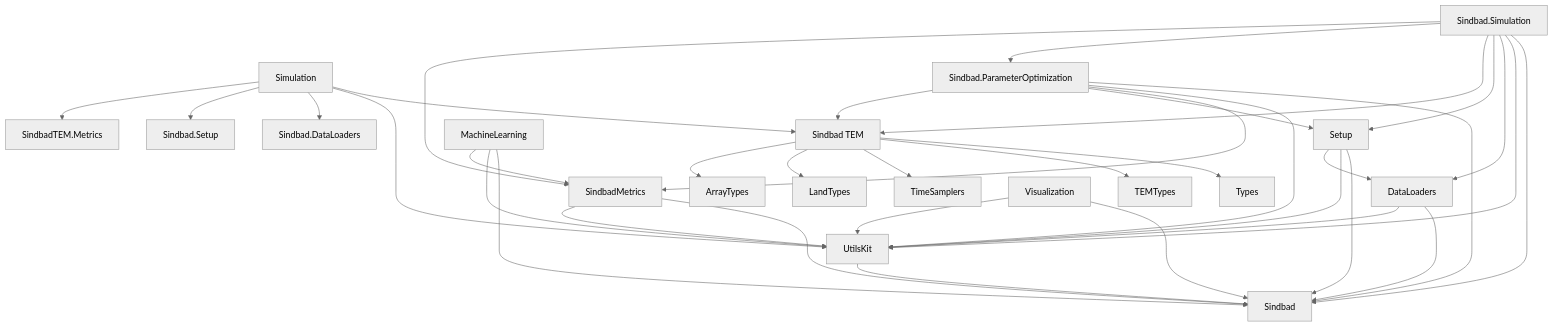
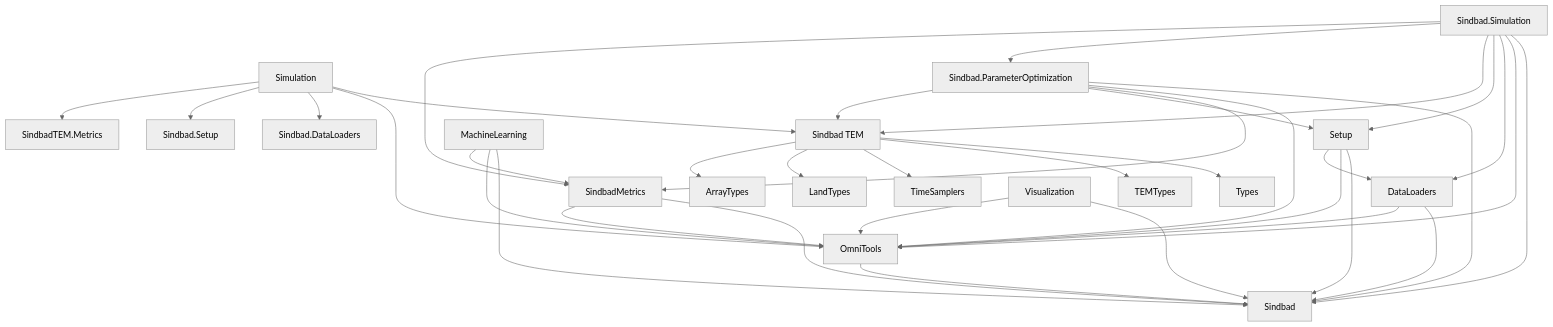
Before and after one commit to LandEcosystems/Sindbad: the diagram in docs/src/pages/code/overview.md, drawn with Mermaid (neutral theme). The commit also changed other lines of this file and 10 other files, not shown here.

````diff
--- a/docs/src/pages/code/overview.md
+++ b/docs/src/pages/code/overview.md
@@ -70,50 +70,50 @@
 ```mermaid
 graph TD
     %% Main Sindbad package
     SindbadTEM[Sindbad TEM] --> Types[Types]
     
     %% Core dependencies
     SindbadTEM --> TEMTypes[TEMTypes]
     SindbadTEM --> TimeSamplers[TimeSamplers]
     SindbadTEM --> LandTypes[LandTypes]
     SindbadTEM --> ArrayTypes[ArrayTypes]
     
     %% Lib packages
-    UtilsKit[UtilsKit] --> Sindbad
+    OmniTools[OmniTools] --> Sindbad
     DataLoaders[DataLoaders] --> Sindbad
-    DataLoaders --> UtilsKit
+    DataLoaders --> OmniTools
     
     Setup[Setup] --> Sindbad
-    Setup --> UtilsKit
+    Setup --> OmniTools
     Setup --> DataLoaders
     
     SindbadMetrics[SindbadMetrics] --> Sindbad
-    SindbadMetrics --> UtilsKit
+    SindbadMetrics --> OmniTools
     
     Simulation[Simulation] --> SindbadTEM
-    Simulation --> UtilsKit
+    Simulation --> OmniTools
     Simulation --> Sindbad.DataLoaders
     Simulation --> Sindbad.Setup
     Simulation --> SindbadTEM.Metrics
     
     Sindbad.ParameterOptimization[Sindbad.ParameterOptimization] --> Sindbad
-    Sindbad.ParameterOptimization --> UtilsKit
+    Sindbad.ParameterOptimization --> OmniTools
     Sindbad.ParameterOptimization --> SindbadMetrics
     Sindbad.ParameterOptimization --> Setup
     Sindbad.ParameterOptimization --> SindbadTEM
     
     MachineLearning[MachineLearning] --> Sindbad
-    MachineLearning --> UtilsKit
+    MachineLearning --> OmniTools
     MachineLearning --> SindbadMetrics
     
     Visualization[Visualization] --> Sindbad
-    Visualization --> UtilsKit
+    Visualization --> OmniTools
     
     Sindbad.Simulation[Sindbad.Simulation] --> Sindbad
-    Sindbad.Simulation --> UtilsKit
+    Sindbad.Simulation --> OmniTools
     Sindbad.Simulation --> DataLoaders
     Sindbad.Simulation --> Setup
     Sindbad.Simulation --> SindbadTEM
     Sindbad.Simulation --> Sindbad.ParameterOptimization
     Sindbad.Simulation --> SindbadMetrics    
 ```
````
